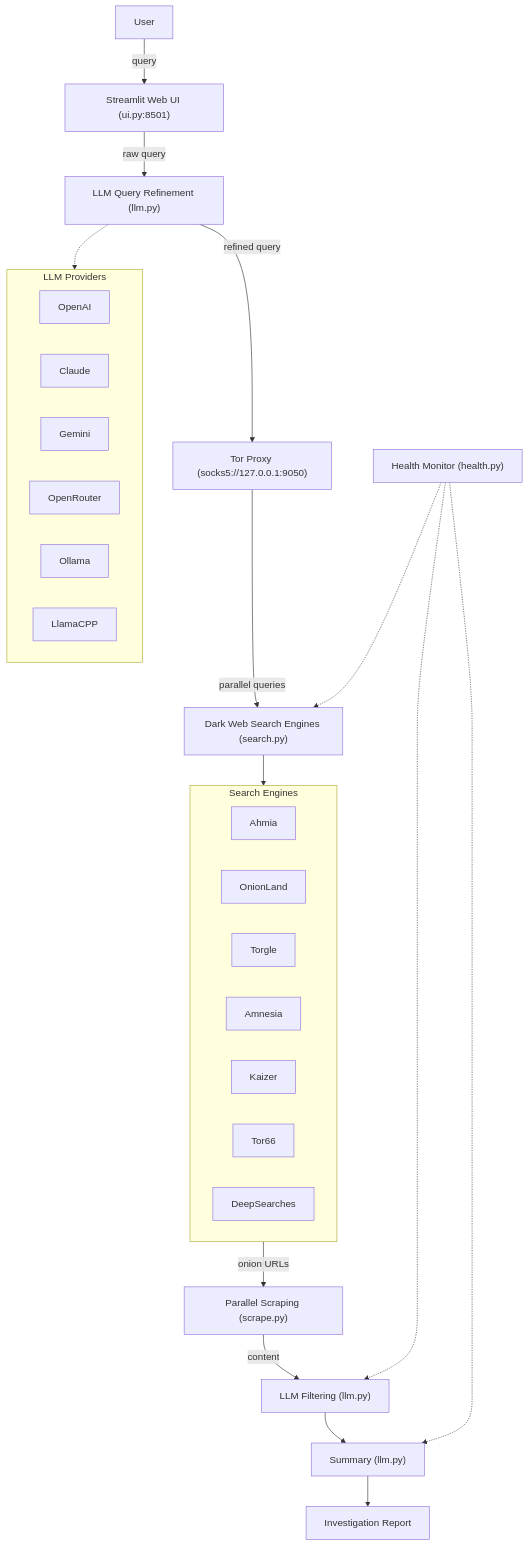
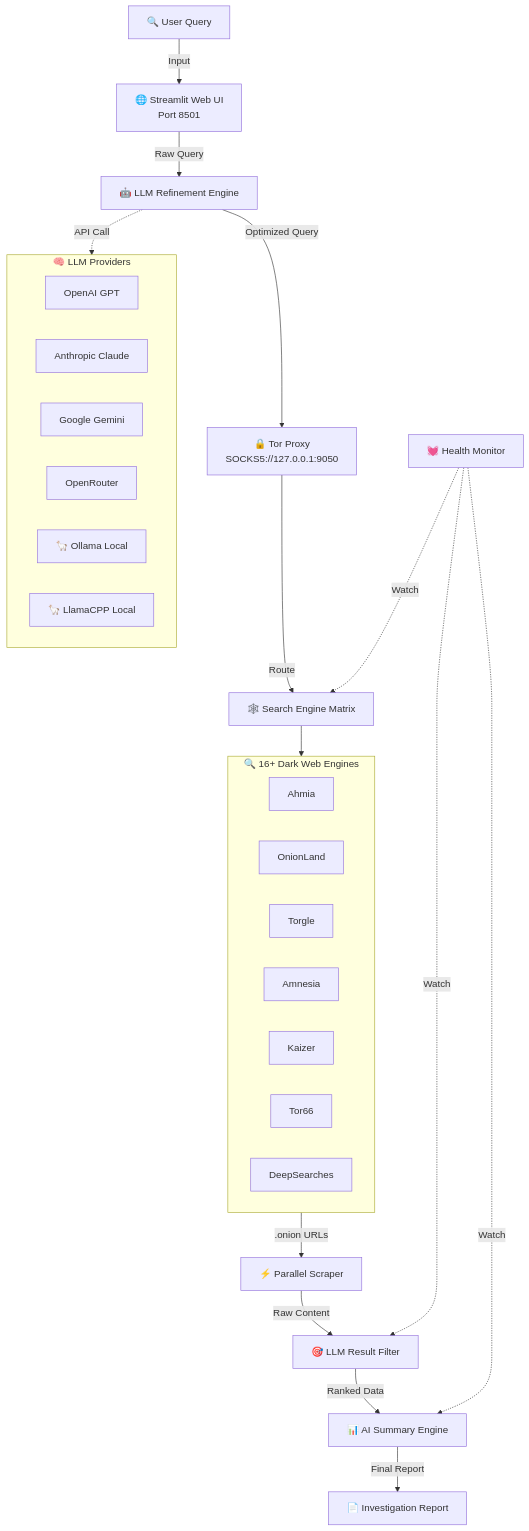
The diagram in README.md (confidentialwebapp/Transilience-Aegis), drawn with Mermaid before and after one commit. The commit also changed other lines of this file, not shown here.

````diff
--- a/README.md
+++ b/README.md
@@ -14,38 +108,38 @@
 ```mermaid
 flowchart TD
-    A[User] -->|query| B["Streamlit Web UI (ui.py:8501)"]
-    B -->|raw query| C["LLM Query Refinement (llm.py)"]
-
-    subgraph LLM["LLM Providers"]
-        L1[OpenAI]
-        L2[Claude]
-        L3[Gemini]
+    A[🔍 User Query] -->|Input| B["🌐 Streamlit Web UI<br/>Port 8501"]
+    B -->|Raw Query| C["🤖 LLM Refinement Engine"]
+    
+    subgraph LLM["🧠 LLM Providers"]
+        L1[OpenAI GPT]
+        L2[Anthropic Claude]
+        L3[Google Gemini]
         L4[OpenRouter]
-        L5[Ollama]
-        L6[LlamaCPP]
+        L5[🦙 Ollama Local]
+        L6[🦙 LlamaCPP Local]
     end
-
-    C -.-> LLM
-    C -->|refined query| D["Tor Proxy (socks5://127.0.0.1:9050)"]
-    D -->|parallel queries| E["Dark Web Search Engines (search.py)"]
-
-    subgraph SE["Search Engines"]
+    
+    C -.->|API Call| LLM
+    C -->|Optimized Query| D["🔒 Tor Proxy<br/>SOCKS5://127.0.0.1:9050"]
+    D -->|Route| E["🕸️ Search Engine Matrix"]
+    
+    subgraph SE["🔍 16+ Dark Web Engines"]
         S1[Ahmia]
         S2[OnionLand]
         S3[Torgle]
         S4[Amnesia]
         S5[Kaizer]
         S6[Tor66]
         S7[DeepSearches]
     end
-
+    
     E --> SE
-    SE -->|onion URLs| F["Parallel Scraping (scrape.py)"]
-    F -->|content| G["LLM Filtering (llm.py)"]
-    G --> H["Summary (llm.py)"]
-    H --> I["Investigation Report"]
-
-    HM["Health Monitor (health.py)"] -.-> E
-    HM -.-> G
-    HM -.-> H
+    SE -->|.onion URLs| F["⚡ Parallel Scraper"]
+    F -->|Raw Content| G["🎯 LLM Result Filter"]
+    G -->|Ranked Data| H["📊 AI Summary Engine"]
+    H -->|Final Report| I["📄 Investigation Report"]
+    
+    HM["💓 Health Monitor"] -.->|Watch| E
+    HM -.->|Watch| G
+    HM -.->|Watch| H
 ```
````
